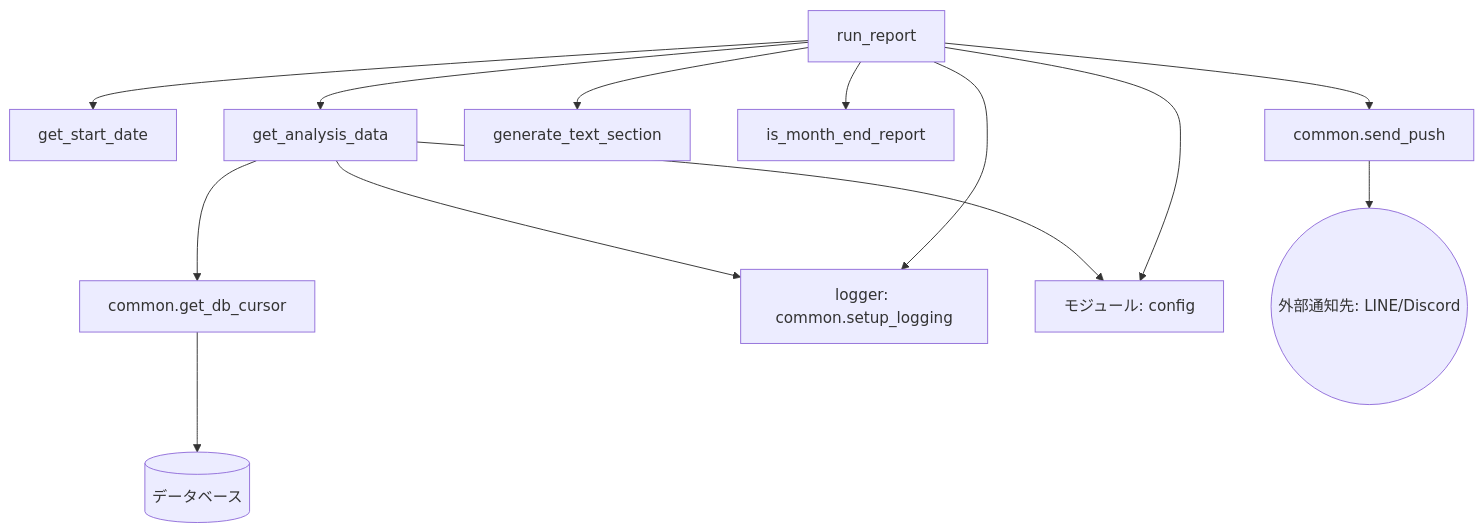
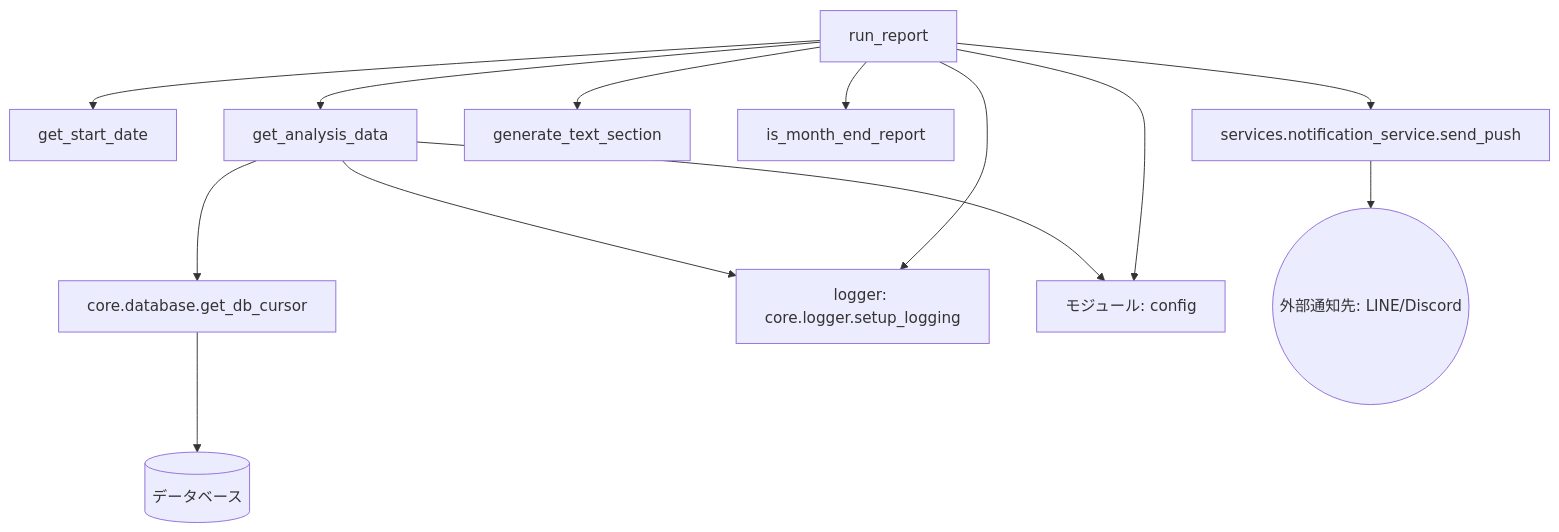
Before and after one commit to mmtigers/my_python_project: the second of 2 diagrams in docs/specifications/MY_HOME_SYSTEM/weekly_analyze_report.md, drawn with Mermaid. The commit also changed other lines of this file and 91 other files, not shown here.

````diff
--- a/docs/specifications/MY_HOME_SYSTEM/weekly_analyze_report.md
+++ b/docs/specifications/MY_HOME_SYSTEM/weekly_analyze_report.md
@@ -201,25 +203,25 @@
 ```mermaid
 graph TD
     run_report --> get_start_date
     run_report --> get_analysis_data
     run_report --> generate_text_section
     run_report --> is_month_end_report
     
-    get_analysis_data --> common.get_db_cursor
-    run_report --> common.send_push
+    get_analysis_data --> core.database.get_db_cursor
+    run_report --> services.notification_service.send_push
     
-    logger[logger: common.setup_logging]
+    logger[logger: core.logger.setup_logging]
     get_analysis_data --> logger
     run_report --> logger
     
     config[モジュール: config]
     get_analysis_data --> config
     run_report --> config
     
     db[(データベース)]
-    common.get_db_cursor --> db
+    core.database.get_db_cursor --> db
     
     discord_line((外部通知先: LINE/Discord))
-    common.send_push --> discord_line
+    services.notification_service.send_push --> discord_line
 
 ```
````
